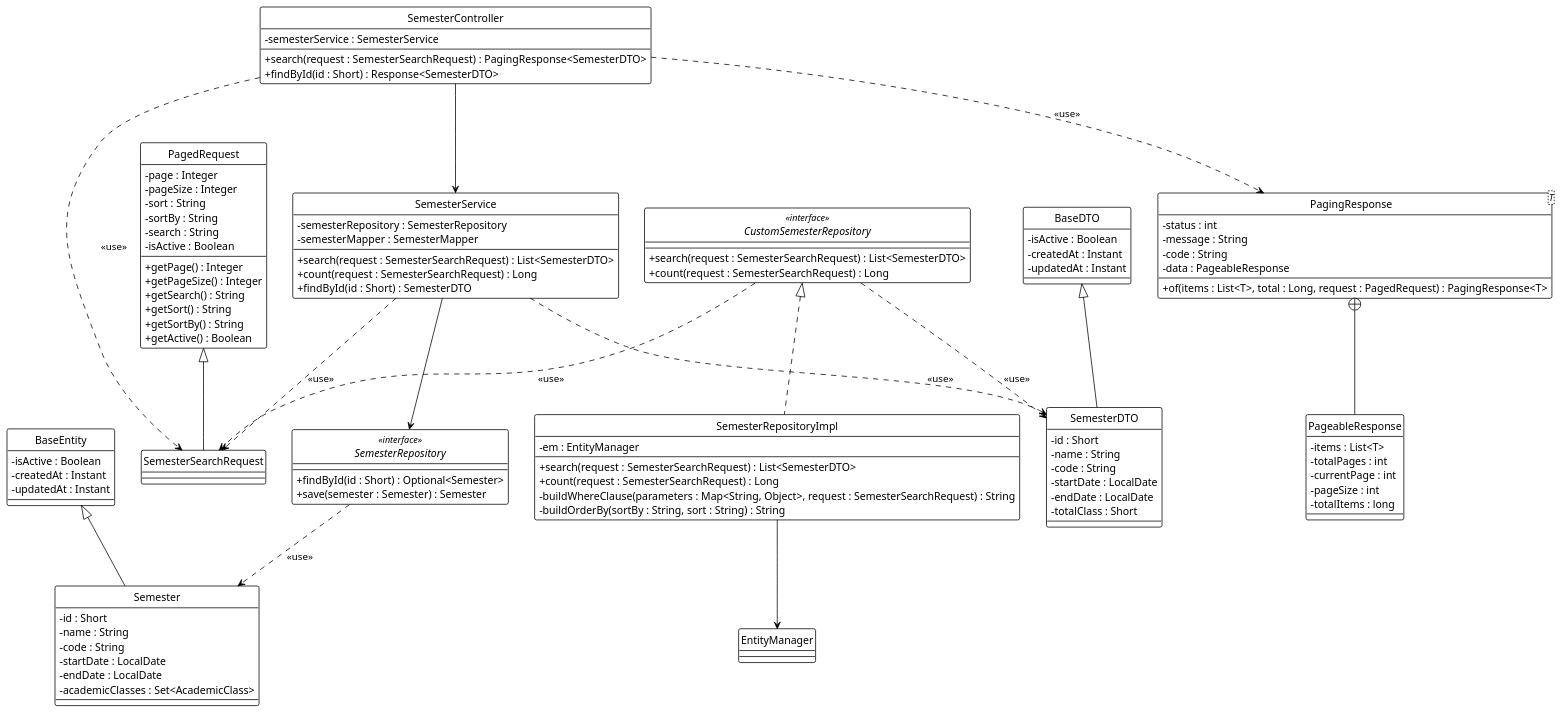
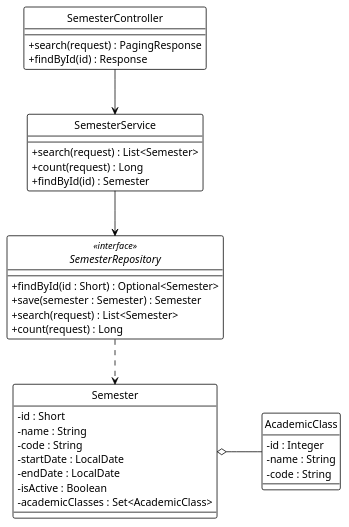
The diagram in system_detailed_design/05_view_list_semester/class_diagram_view_list_semester.puml (Ndh474/context), drawn with PlantUML before and after one commit. The commit also changed 3 other files, not shown here.

Commit message:
refactor(diagrams): simplify repository representation in class and sequence diagrams for clarity

```diff
--- a/system_detailed_design/05_view_list_semester/class_diagram_view_list_semester.puml
+++ b/system_detailed_design/05_view_list_semester/class_diagram_view_list_semester.puml
@@ -1,123 +1,59 @@
-@startuml View List Semester - Class Diagram
+@startuml view_list_semester
 !theme plain
+hide circle
 skinparam classAttributeIconSize 0
-hide circle
-skinparam circledCharacterRadius 0
 
+' --- CẤU HÌNH "ORTHO" (BẮT BUỘC) ---
+skinparam linetype ortho
+skinparam nodesep 60
+skinparam ranksep 60
+
+' --- CONTROLLER ---
 class SemesterController {
-  - semesterService : SemesterService
-  + search(request : SemesterSearchRequest) : PagingResponse<SemesterDTO>
-  + findById(id : Short) : Response<SemesterDTO>
+  + search(request) : PagingResponse
+  + findById(id) : Response
 }
 
+' --- SERVICE ---
 class SemesterService {
-  - semesterRepository : SemesterRepository
-  - semesterMapper : SemesterMapper
-  + search(request : SemesterSearchRequest) : List<SemesterDTO>
-  + count(request : SemesterSearchRequest) : Long
-  + findById(id : Short) : SemesterDTO
+  + search(request) : List<Semester>
+  + count(request) : Long
+  + findById(id) : Semester
 }
 
+' --- REPOSITORY ---
 interface SemesterRepository <<interface>> {
   + findById(id : Short) : Optional<Semester>
   + save(semester : Semester) : Semester
+  + search(request) : List<Semester>
+  + count(request) : Long
 }
 
-interface CustomSemesterRepository <<interface>> {
-  + search(request : SemesterSearchRequest) : List<SemesterDTO>
-  + count(request : SemesterSearchRequest) : Long
-}
-
-class SemesterRepositoryImpl {
-  - em : EntityManager
-  + search(request : SemesterSearchRequest) : List<SemesterDTO>
-  + count(request : SemesterSearchRequest) : Long
-  - buildWhereClause(parameters : Map<String, Object>, request : SemesterSearchRequest) : String
-  - buildOrderBy(sortBy : String, sort : String) : String
-}
-
+' --- ENTITIES ---
 class Semester {
   - id : Short
   - name : String
   - code : String
   - startDate : LocalDate
   - endDate : LocalDate
+  - isActive : Boolean
   - academicClasses : Set<AcademicClass>
 }
 
-class BaseEntity {
-  - isActive : Boolean
-  - createdAt : Instant
-  - updatedAt : Instant
+class AcademicClass {
+  - id : Integer
+  - name : String
+  - code : String
 }
 
-class SemesterSearchRequest {
-}
+' --- DEPENDENCY INJECTION (Association) ---
+SemesterController -down-> SemesterService
+SemesterService -down-> SemesterRepository
 
-class PagedRequest {
-  - page : Integer
-  - pageSize : Integer
-  - sort : String
-  - sortBy : String
-  - search : String
-  - isActive : Boolean
-  + getPage() : Integer
-  + getPageSize() : Integer
-  + getSearch() : String
-  + getSort() : String
-  + getSortBy() : String
-  + getActive() : Boolean
-}
+' --- REPOSITORY USAGE (Dependency) ---
+SemesterRepository .down.> Semester
 
-class SemesterDTO {
-  - id : Short
-  - name : String
-  - code : String
-  - startDate : LocalDate
-  - endDate : LocalDate
-  - totalClass : Short
-}
-
-class BaseDTO {
-  - isActive : Boolean
-  - createdAt : Instant
-  - updatedAt : Instant
-}
-
-class PagingResponse<T> {
-  - status : int
-  - message : String
-  - code : String
-  - data : PageableResponse
-  + of(items : List<T>, total : Long, request : PagedRequest) : PagingResponse<T>
-}
-
-class PageableResponse {
-  - items : List<T>
-  - totalPages : int
-  - currentPage : int
-  - pageSize : int
-  - totalItems : long
-}
-
-SemesterController --> SemesterService
-SemesterService --> SemesterRepository
-SemesterRepositoryImpl --> EntityManager
-
-SemesterController ..> SemesterSearchRequest : <<use>>
-SemesterController ..> PagingResponse : <<use>>
-SemesterService ..> SemesterSearchRequest : <<use>>
-SemesterService ..> SemesterDTO : <<use>>
-SemesterRepository ..> Semester : <<use>>
-CustomSemesterRepository ..> SemesterSearchRequest : <<use>>
-CustomSemesterRepository ..> SemesterDTO : <<use>>
-
-CustomSemesterRepository <|.. SemesterRepositoryImpl
-
-BaseEntity <|-- Semester
-PagedRequest <|-- SemesterSearchRequest
-BaseDTO <|-- SemesterDTO
-
-PagingResponse +-- PageableResponse
+' --- ENTITY RELATIONSHIPS (Aggregation) ---
+Semester o-right- AcademicClass
 
 @enduml
```
